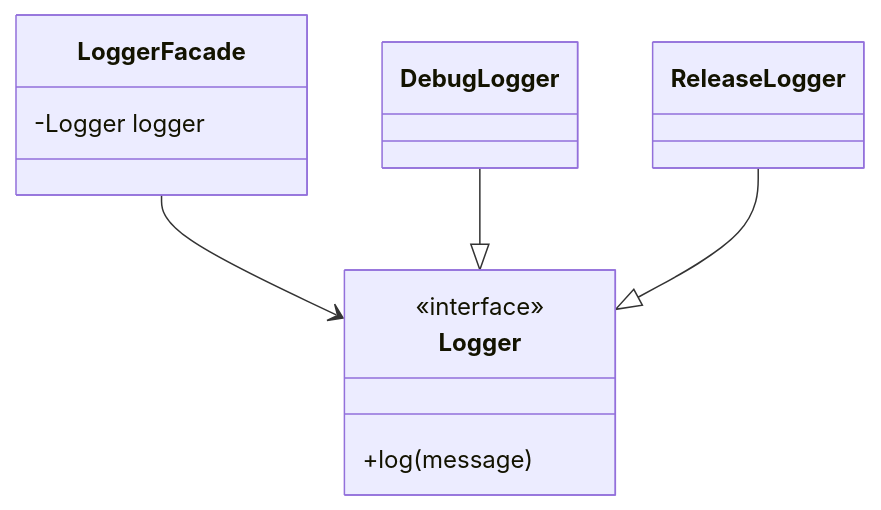
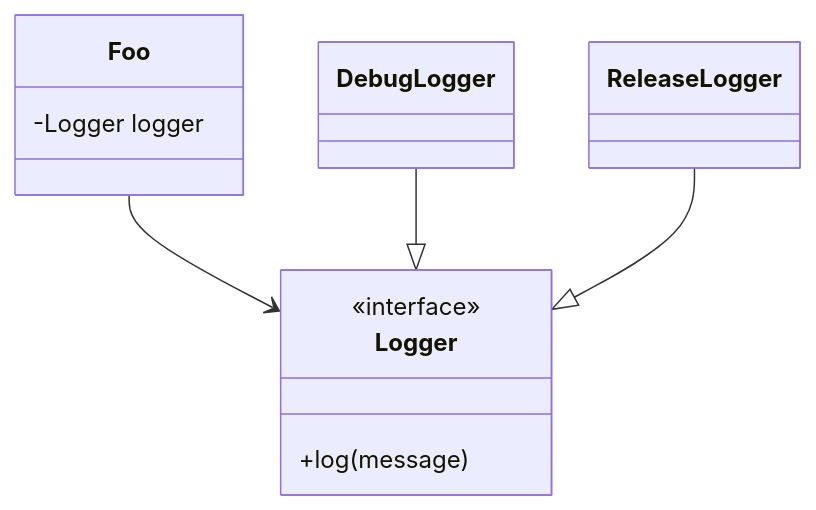
The second of 9 diagrams in _posts/2025-12-07-solid-principles.markdown (mutkuensert/mutkuensert.github.io), drawn with Mermaid before and after one commit. The commit also changed other lines of this file, not shown here.

Commit message:
feat: update solid

````diff
--- a/_posts/2025-12-07-solid-principles.markdown
+++ b/_posts/2025-12-07-solid-principles.markdown
@@ -22,16 +22,16 @@
 ```mermaid
 classDiagram
     class Logger
     <<interface>> Logger
     Logger: +log(message)
 
-    class LoggerFacade
-    LoggerFacade: -Logger logger
-    LoggerFacade --> Logger
+    class Foo
+    Foo: -Logger logger
+    Foo --> Logger
 
     class DebugLogger
     DebugLogger --|> Logger
 
     class ReleaseLogger
     ReleaseLogger --|> Logger
 ```
````
